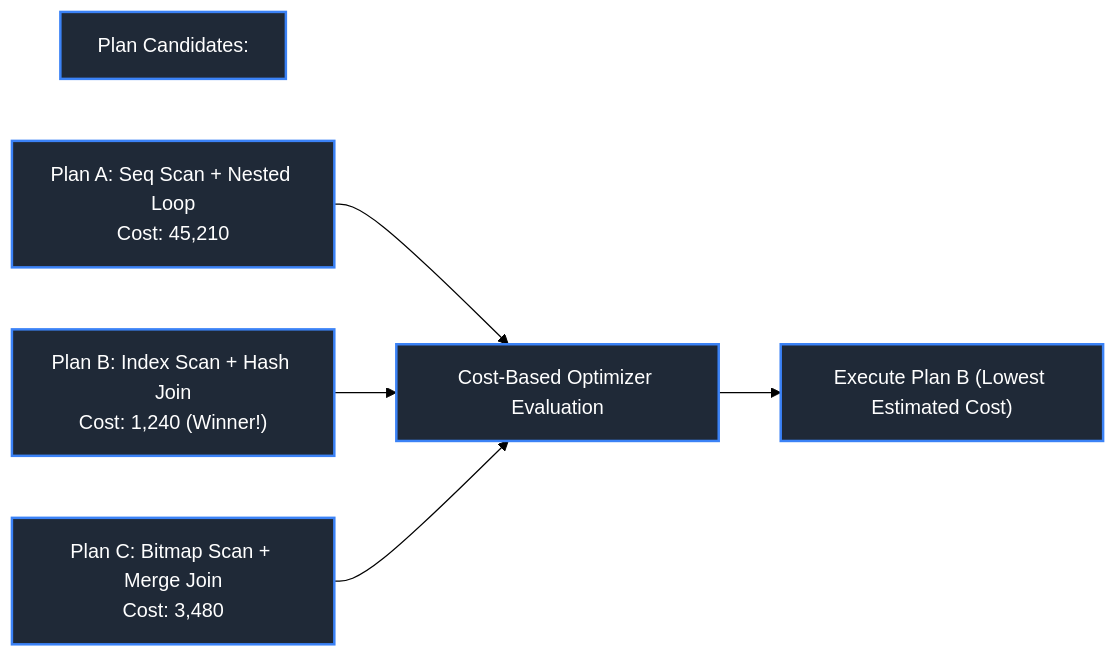
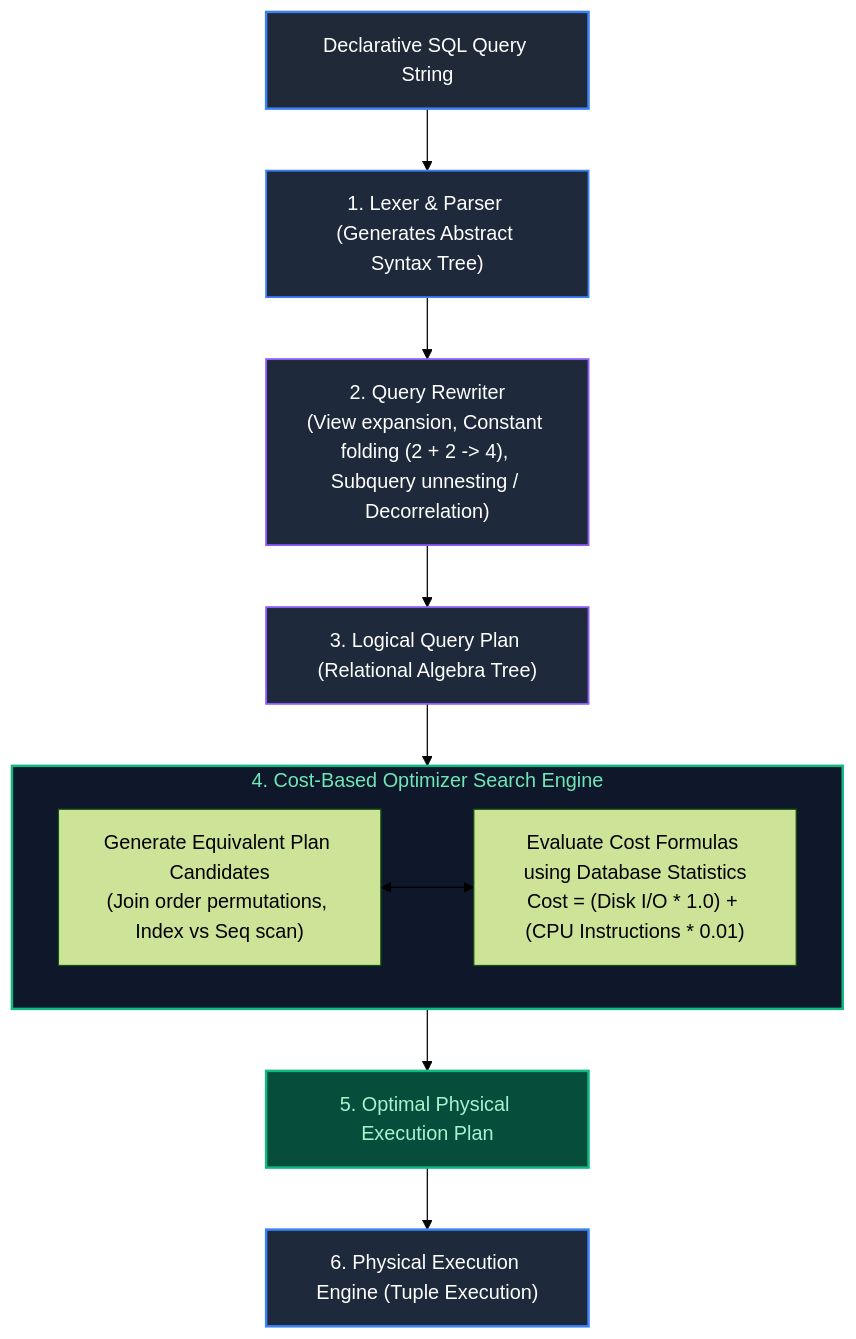
Before and after one commit to joydeep-biswas/Interview-Preparation: diagram 15 of 23 in Data Engineering/04_database_internals_and_performance.md, drawn with Mermaid (forest theme). The commit also changed other lines of this file and 143 other files, not shown here.

````diff
--- a/Data Engineering/04_database_internals_and_performance.md
+++ b/Data Engineering/04_database_internals_and_performance.md
@@ -1030,17 +809,24 @@
 ```mermaid
-flowchart LR
-    Plans["Plan Candidates:"]
-    P1["Plan A: Seq Scan + Nested Loop<br/>Cost: 45,210"]
-    P2["Plan B: Index Scan + Hash Join<br/>Cost: 1,240 (Winner!)"]
-    P3["Plan C: Bitmap Scan + Merge Join<br/>Cost: 3,480"]
+flowchart TD
+    SQL["Declarative SQL Query String"] --> Parser["1. Lexer & Parser (Generates Abstract Syntax Tree)"]
+    Parser --> Rewriter["2. Query Rewriter<br/>(View expansion, Constant folding (2 + 2 -> 4), Subquery unnesting / Decorrelation)"]
+    Rewriter --> Logical["3. Logical Query Plan (Relational Algebra Tree)"]
     
-    P1 & P2 & P3 --> CBO[Cost-Based Optimizer Evaluation]
-    CBO --> Chosen["Execute Plan B (Lowest Estimated Cost)"]
+    subgraph CBO_Engine ["4. Cost-Based Optimizer Search Engine"]
+        SearchSpace["Generate Equivalent Plan Candidates<br/>(Join order permutations, Index vs Seq scan)"]
+        CostModel["Evaluate Cost Formulas using Database Statistics<br/>Cost = (Disk I/O * 1.0) + (CPU Instructions * 0.01)"]
+        SearchSpace <--> CostModel
+    end
 
-    style Plans fill:#1f2937,stroke:#3b82f6,stroke-width:2px,color:#fff
-    style P1 fill:#1f2937,stroke:#3b82f6,stroke-width:2px,color:#fff
-    style P2 fill:#1f2937,stroke:#3b82f6,stroke-width:2px,color:#fff
-    style P3 fill:#1f2937,stroke:#3b82f6,stroke-width:2px,color:#fff
-    style CBO fill:#1f2937,stroke:#3b82f6,stroke-width:2px,color:#fff
-    style Chosen fill:#1f2937,stroke:#3b82f6,stroke-width:2px,color:#fff
+    Logical --> CBO_Engine
+    CBO_Engine --> Physical["5. Optimal Physical Execution Plan"]
+    Physical --> Engine["6. Physical Execution Engine (Tuple Execution)"]
+
+    style SQL fill:#1f2937,stroke:#3b82f6,stroke-width:2px,color:#fff
+    style Parser fill:#1e293b,stroke:#3b82f6,stroke-width:1.5px,color:#fff
+    style Rewriter fill:#1e293b,stroke:#8b5cf6,stroke-width:1.5px,color:#fff
+    style Logical fill:#1e293b,stroke:#8b5cf6,stroke-width:1.5px,color:#fff
+    style CBO_Engine fill:#0f172a,stroke:#10b981,stroke-width:2px,color:#6ee7b7
+    style Physical fill:#064e3b,stroke:#10b981,stroke-width:2px,color:#a7f3d0
+    style Engine fill:#1e293b,stroke:#3b82f6,stroke-width:2px,color:#fff
 ```
````
